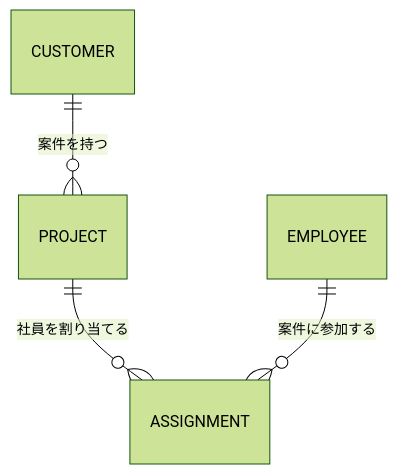
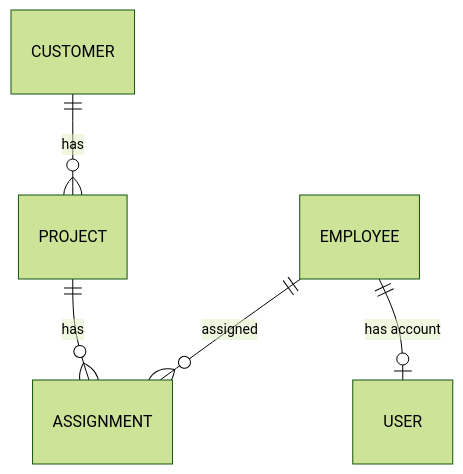
One commit to sisisa/java-business-management-system changed the diagram in README.md. Above: the diagram before and after it, drawn with Mermaid (forest theme).

````diff
--- a/README.md
+++ b/README.md
@@ -807,6 +807,7 @@
 ```mermaid
 erDiagram
-    CUSTOMER ||--o{ PROJECT : "案件を持つ"
-    PROJECT ||--o{ ASSIGNMENT : "社員を割り当てる"
-    EMPLOYEE ||--o{ ASSIGNMENT : "案件に参加する"
+    CUSTOMER ||--o{ PROJECT : "has"
+    PROJECT ||--o{ ASSIGNMENT : "has"
+    EMPLOYEE ||--o{ ASSIGNMENT : "assigned"
+    EMPLOYEE ||--o| USER : "has account"
 ```
````
